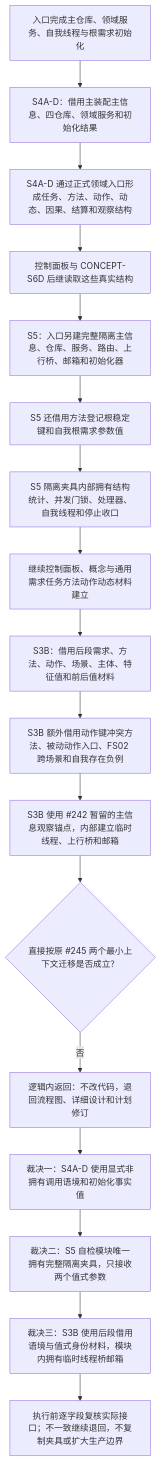
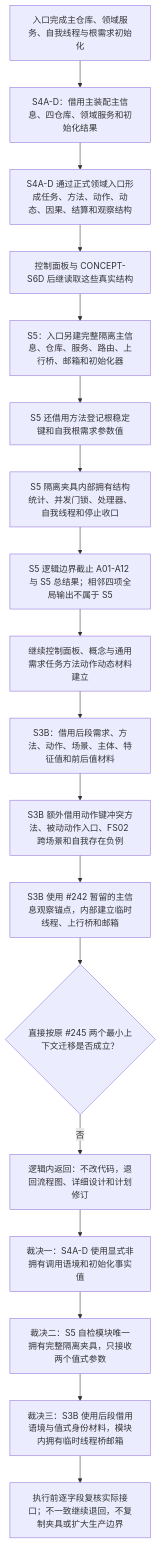
One commit to chunhaizh-cyber/HY-Ego changed the diagram in 流程图/20260712_SELFTEST-MIGRATION-B1A2_自我治理共享夹具现状流程图_v0.1.md. Above: the diagram before and after it, drawn with Mermaid. The commit also changed other lines of this file and 17 other files, not shown here.

````diff
--- a/流程图/20260712_SELFTEST-MIGRATION-B1A2_自我治理共享夹具现状流程图_v0.1.md
+++ b/流程图/20260712_SELFTEST-MIGRATION-B1A2_自我治理共享夹具现状流程图_v0.1.md
@@ -10,19 +10,20 @@
 ```mermaid
 flowchart TD
     A["入口完成主仓库、领域服务、自我线程与根需求初始化"] --> B["S4A-D：借用主装配主信息、四仓库、领域服务和初始化结果"]
     B --> B1["S4A-D 通过正式领域入口形成任务、方法、动作、动态、因果、结算和观察结构"]
     B1 --> B2["控制面板与 CONCEPT-S6D 后继读取这些真实结构"]
     B2 --> C["S5：入口另建完整隔离主信息、仓库、服务、路由、上行桥、邮箱和初始化器"]
     C --> C1["S5 还借用方法登记根稳定键和自我根需求参数值"]
     C1 --> C2["S5 隔离夹具内部拥有结构统计、并发门锁、处理器、自我线程和停止收口"]
-    C2 --> D["继续控制面板、概念与通用需求任务方法动作动态材料建立"]
+    C2 --> C3["S5 逻辑边界截止 A01-A12 与 S5 总结果；相邻四项全局输出不属于 S5"]
+    C3 --> D["继续控制面板、概念与通用需求任务方法动作动态材料建立"]
     D --> E["S3B：借用后段需求、方法、动作、场景、主体、特征值和前后值材料"]
     E --> E1["S3B 额外借用动作键冲突方法、被动动作入口、FS02 跨场景和自我存在负例"]
     E1 --> E2["S3B 使用 #242 暂留的主信息观察锚点，内部建立临时线程、上行桥和邮箱"]
     E2 --> F{"直接按原 #245 两个最小上下文迁移是否成立？"}
     F -- "否" --> G["逻辑内返回：不改代码，退回流程图、详细设计和计划修订"]
     G --> H["裁决一：S4A-D 使用显式非拥有调用语境和初始化事实值"]
     H --> I["裁决二：S5 自检模块唯一拥有完整隔离夹具，只接收两个值式参数"]
     I --> J["裁决三：S3B 使用后段借用语境与值式身份材料，模块内拥有临时线程桥邮箱"]
     J --> K["执行前逐字段复核实际接口；不一致继续退回，不复制夹具或扩大生产边界"]
 ```
````
